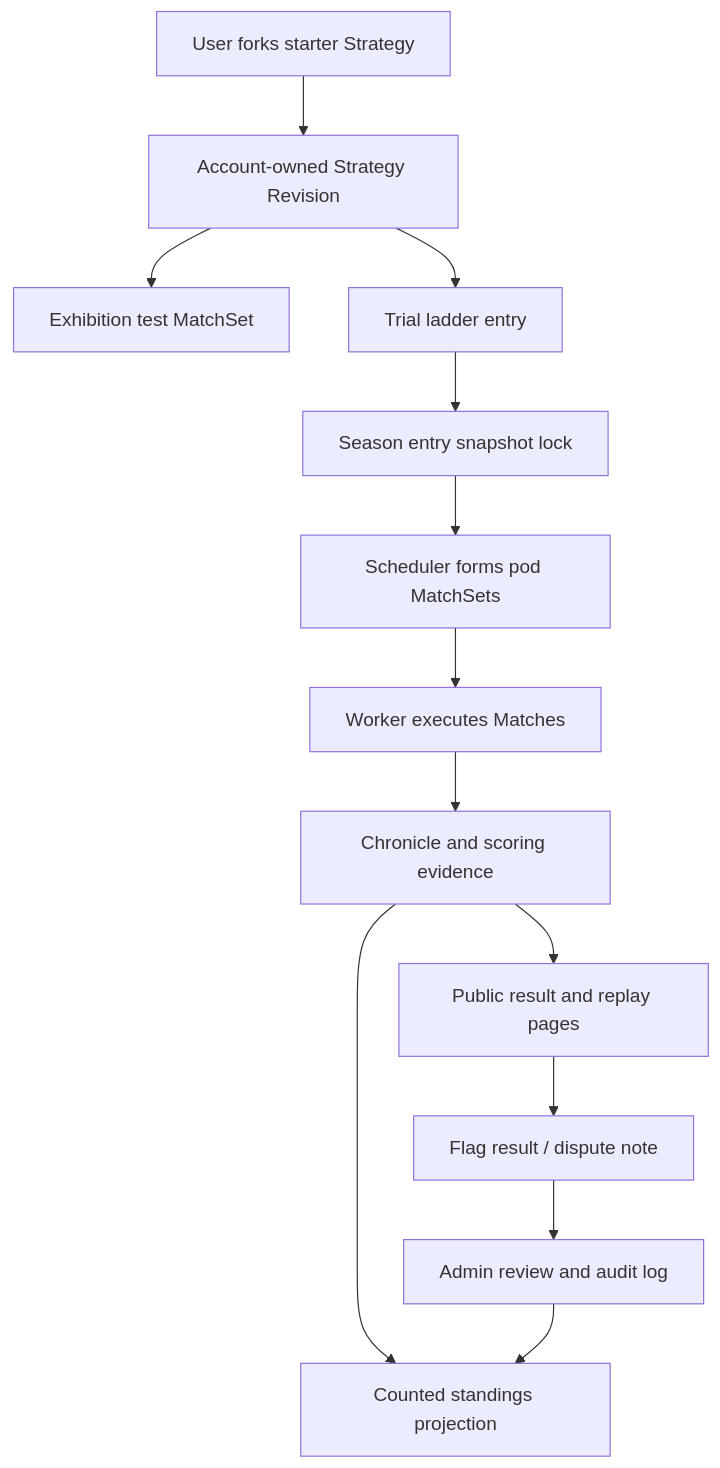
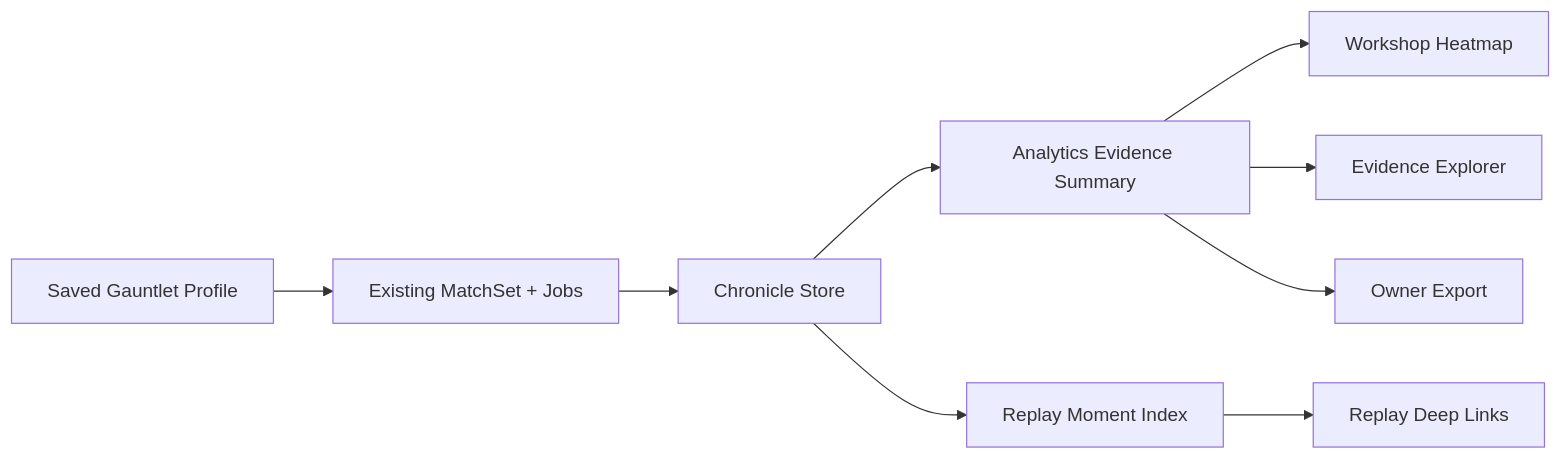
Before and after one commit to roryqueue/cowards-game: the diagram in .planning/research/ARCHITECTURE.md, drawn with Mermaid. The commit also changed other lines of this file and 4 other files, not shown here.

````diff
--- a/.planning/research/ARCHITECTURE.md
+++ b/.planning/research/ARCHITECTURE.md
@@ -19,15 +11,11 @@
 ```mermaid
-flowchart TD
-  A["User forks starter Strategy"] --> B["Account-owned Strategy Revision"]
-  B --> C["Exhibition test MatchSet"]
-  B --> D["Trial ladder entry"]
-  D --> E["Season entry snapshot lock"]
-  E --> F["Scheduler forms pod MatchSets"]
-  F --> G["Worker executes Matches"]
-  G --> H["Chronicle and scoring evidence"]
-  H --> I["Counted standings projection"]
-  H --> J["Public result and replay pages"]
-  J --> K["Flag result / dispute note"]
-  K --> L["Admin review and audit log"]
-  L --> I
+flowchart LR
+  Profile["Saved Gauntlet Profile"] --> MatchSet["Existing MatchSet + Jobs"]
+  MatchSet --> Chronicle["Chronicle Store"]
+  Chronicle --> Summary["Analytics Evidence Summary"]
+  Summary --> Heatmap["Workshop Heatmap"]
+  Summary --> Explorer["Evidence Explorer"]
+  Summary --> Export["Owner Export"]
+  Chronicle --> Moments["Replay Moment Index"]
+  Moments --> Replay["Replay Deep Links"]
 ```
````
